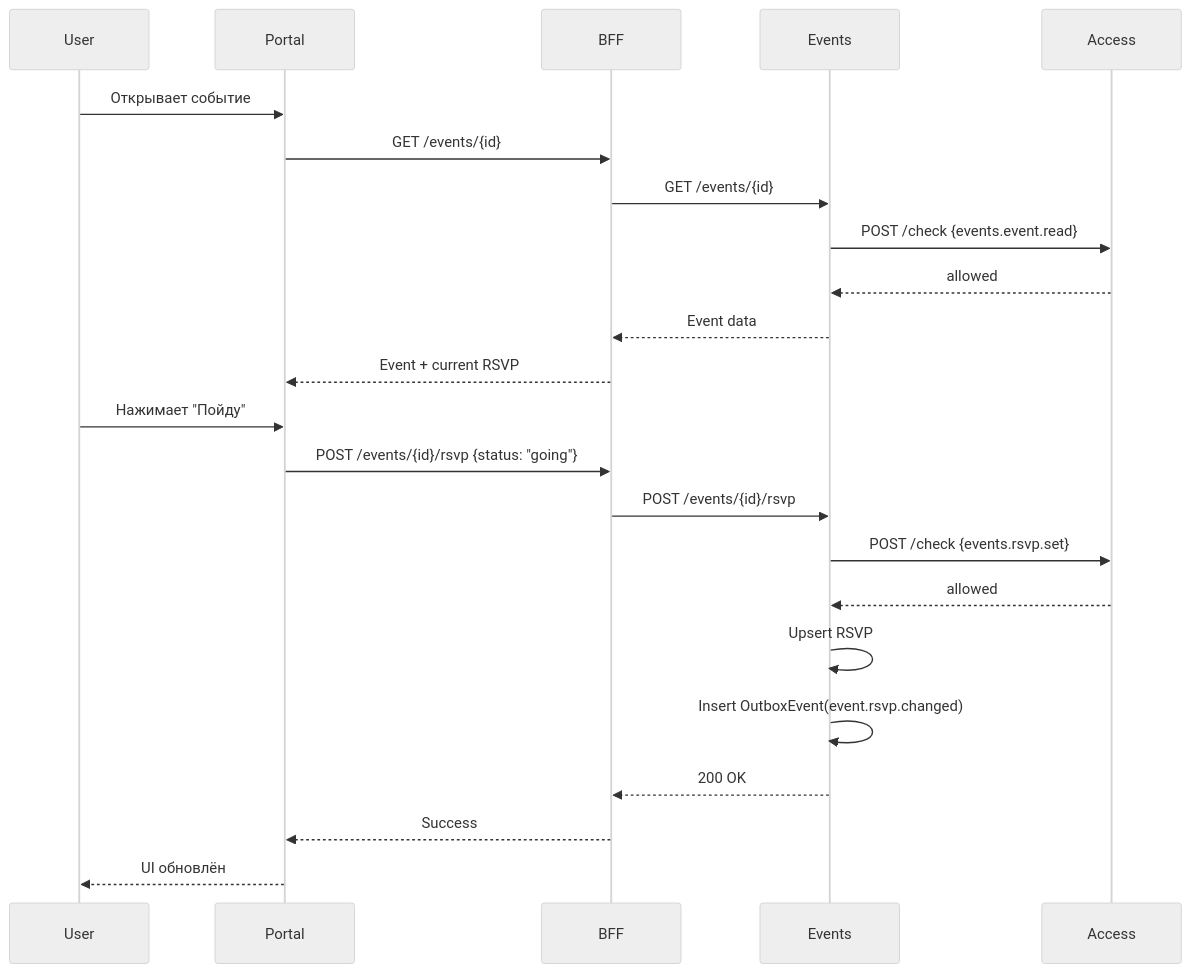
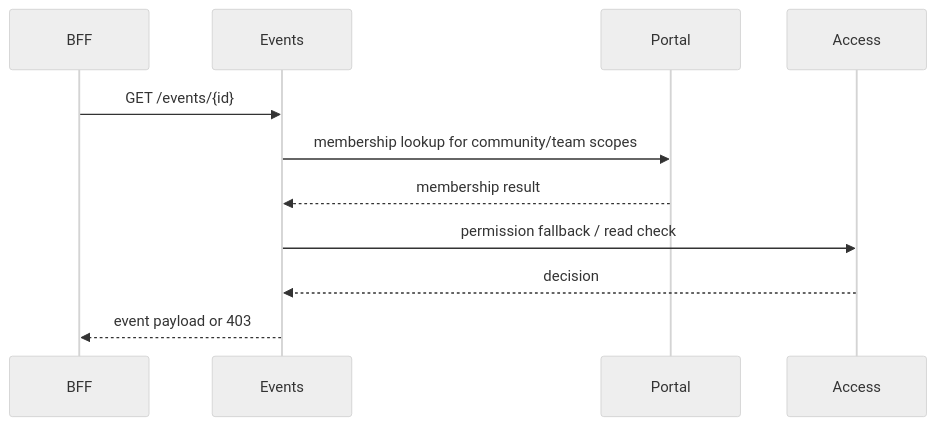
One commit to updatingspace/portal changed the third of 5 diagrams in docs/docs/architecture/flows.md. Above: the diagram before and after it, drawn with Mermaid (neutral theme). The commit also changed other lines of this file and 65 other files, not shown here.

Commit message:
docs: rewrite architecture, operations and legal guidance

````diff
--- a/docs/docs/architecture/flows.md
+++ b/docs/docs/architecture/flows.md
@@ -152,29 +45,14 @@
 ```mermaid
 sequenceDiagram
-    participant User
-    participant Portal
     participant BFF
     participant Events
+    participant Portal
     participant Access
 
-    User->>Portal: Открывает событие
-    Portal->>BFF: GET /events/{id}
     BFF->>Events: GET /events/{id}
-    Events->>Access: POST /check {events.event.read}
-    Access-->>Events: allowed
-    Events-->>BFF: Event data
-    BFF-->>Portal: Event + current RSVP
-
-    User->>Portal: Нажимает "Пойду"
-    Portal->>BFF: POST /events/{id}/rsvp {status: "going"}
-    BFF->>Events: POST /events/{id}/rsvp
-
-    Events->>Access: POST /check {events.rsvp.set}
-    Access-->>Events: allowed
-
-    Events->>Events: Upsert RSVP
-    Events->>Events: Insert OutboxEvent(event.rsvp.changed)
-    Events-->>BFF: 200 OK
-    BFF-->>Portal: Success
-    Portal-->>User: UI обновлён
+    Events->>Portal: membership lookup for community/team scopes
+    Portal-->>Events: membership result
+    Events->>Access: permission fallback / read check
+    Access-->>Events: decision
+    Events-->>BFF: event payload or 403
 ```
````
